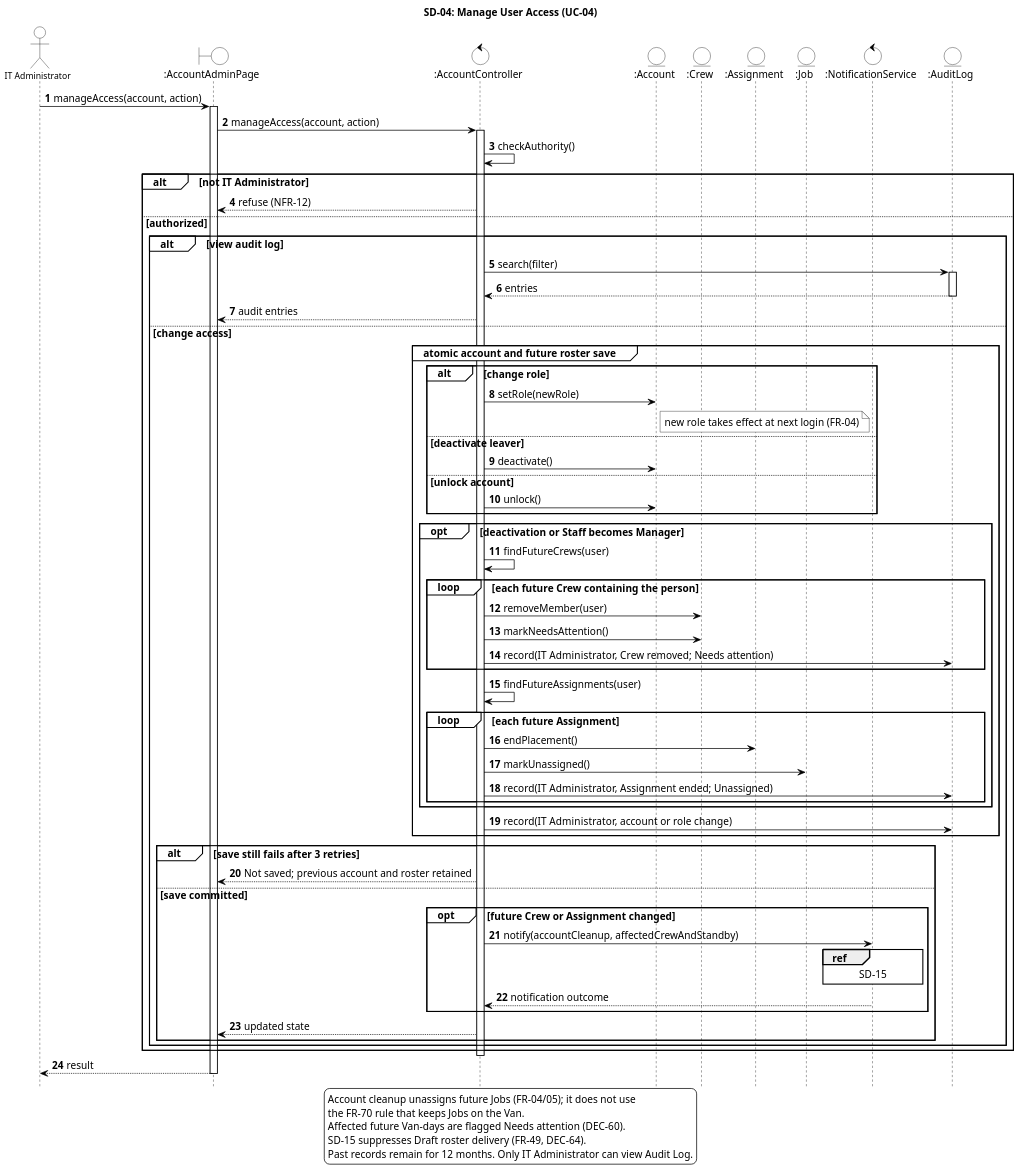
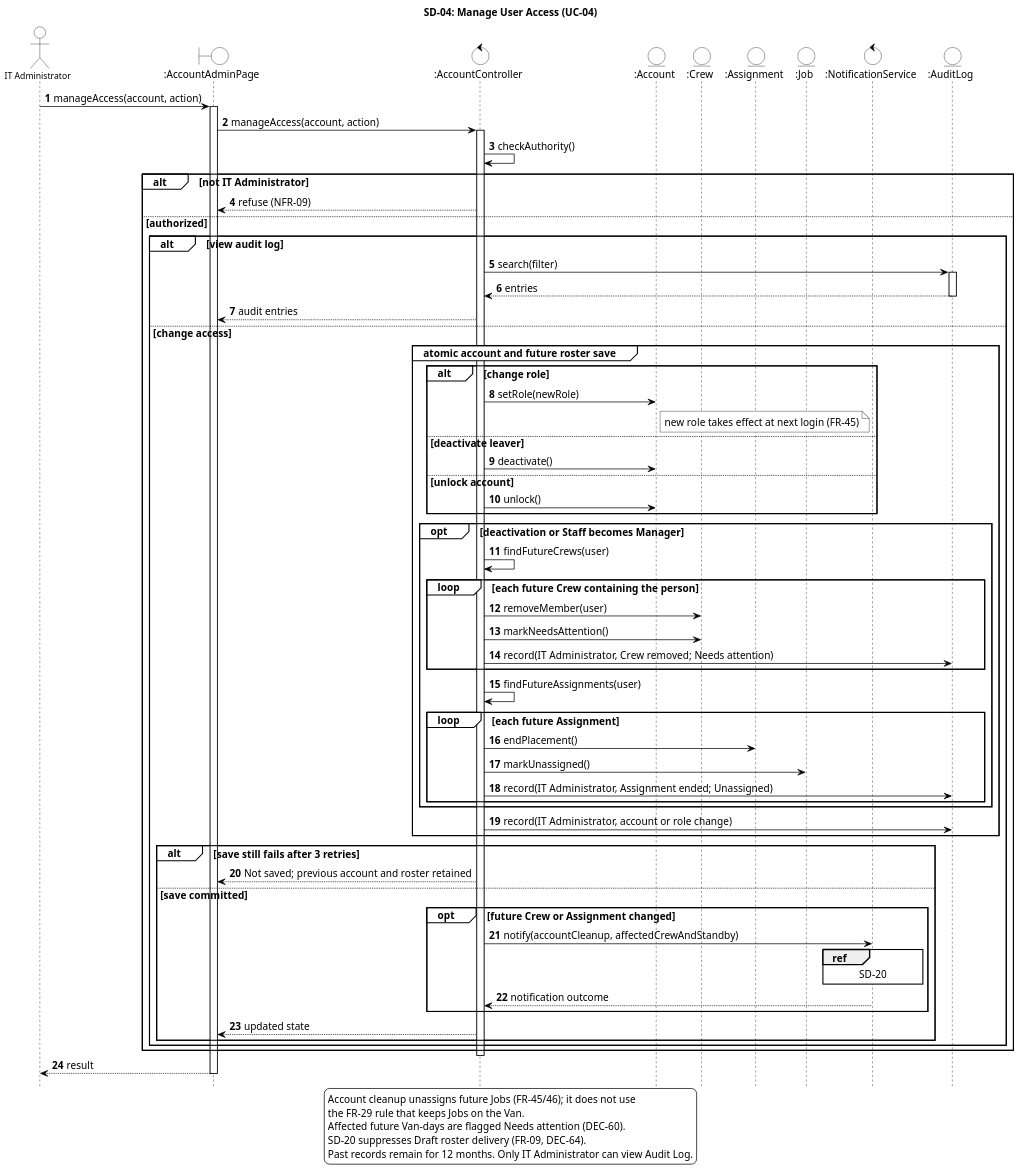
The diagram in diagrams/SD-04-manage-user-access.puml (ZadeNova/inf2001-SE), drawn with PlantUML before and after one commit. The commit also changed 56 other files, not shown here.

```diff
--- a/diagrams/SD-04-manage-user-access.puml
+++ b/diagrams/SD-04-manage-user-access.puml
@@ -1,104 +1,104 @@
 @startuml SD-04-manage-user-access
 skinparam backgroundColor white
 skinparam shadowing false
 skinparam defaultFontName Arial
 skinparam defaultFontSize 14
 skinparam ArrowColor black
 skinparam ParticipantBackgroundColor white
 skinparam ParticipantBorderColor black
 skinparam ActorBackgroundColor white
 skinparam ActorBorderColor black
 skinparam BoundaryBackgroundColor white
 skinparam BoundaryBorderColor black
 skinparam ControlBackgroundColor white
 skinparam ControlBorderColor black
 skinparam EntityBackgroundColor white
 skinparam EntityBorderColor black
 skinparam SequenceLifeLineBorderColor black
 skinparam SequenceGroupBorderColor black
 skinparam SequenceGroupBackgroundColor white
 skinparam SequenceReferenceBackgroundColor white
 skinparam SequenceReferenceBorderColor black
 skinparam NoteBackgroundColor white
 skinparam NoteBorderColor black
 skinparam dpi 150
 hide footbox
 skinparam maxMessageSize 420
 skinparam wrapWidth 420
 skinparam sequenceParticipantFontSize 12
 skinparam sequenceActorFontSize 12
 autonumber
 title SD-04: Manage User Access (UC-04)
-' Traces: UC-04; FR-04, FR-05, FR-07, FR-49, FR-64, FR-66; NFR-09, NFR-12, NFR-13
+' Traces: UC-04; FR-45, FR-46, FR-48, FR-09, FR-39, FR-49; NFR-06, NFR-09, NFR-10
 ' Sources: DEC-17, DEC-34, DEC-45, DEC-53, DEC-56, DEC-58, DEC-60; sequence-diagram-review-round-2.md.
 ' Round-3 source: DEC-68; sequence-diagram-review-round-3.md.
 actor "IT Administrator" as ITA
 boundary ":AccountAdminPage" as Page
 control ":AccountController" as AC
 entity ":Account" as ACC
 entity ":Crew" as Crew
 entity ":Assignment" as ASG
 entity ":Job" as Job
 control ":NotificationService" as NS
 entity ":AuditLog" as AL
 
 ITA -> Page : manageAccess(account, action)
 activate Page
 Page -> AC ++ : manageAccess(account, action)
 AC -> AC : checkAuthority()
 alt not IT Administrator
-  AC --> Page : refuse (NFR-12)
+  AC --> Page : refuse (NFR-09)
 else authorized
   alt view audit log
     AC -> AL ++ : search(filter)
     AL --> AC -- : entries
     AC --> Page : audit entries
   else change access
     group atomic account and future roster save
       alt change role
         AC -> ACC : setRole(newRole)
-        note right of ACC : new role takes effect at next login (FR-04)
+        note right of ACC : new role takes effect at next login (FR-45)
       else deactivate leaver
         AC -> ACC : deactivate()
       else unlock account
         AC -> ACC : unlock()
       end
       opt deactivation or Staff becomes Manager
         AC -> AC : findFutureCrews(user)
         loop each future Crew containing the person
           AC -> Crew : removeMember(user)
           AC -> Crew : markNeedsAttention()
           AC -> AL : record(IT Administrator, Crew removed; Needs attention)
         end
         AC -> AC : findFutureAssignments(user)
         loop each future Assignment
           AC -> ASG : endPlacement()
           AC -> Job : markUnassigned()
           AC -> AL : record(IT Administrator, Assignment ended; Unassigned)
         end
       end
       AC -> AL : record(IT Administrator, account or role change)
     end
     alt save still fails after 3 retries
       AC --> Page : Not saved; previous account and roster retained
     else save committed
       opt future Crew or Assignment changed
         AC -> NS : notify(accountCleanup, affectedCrewAndStandby)
-        ref over NS : SD-15
+        ref over NS : SD-20
         NS --> AC : notification outcome
       end
       AC --> Page : updated state
     end
   end
 end
 deactivate AC
 Page --> ITA : result
 deactivate Page
 legend bottom
-Account cleanup unassigns future Jobs (FR-04/05); it does not use
-the FR-70 rule that keeps Jobs on the Van.
+Account cleanup unassigns future Jobs (FR-45/46); it does not use
+the FR-29 rule that keeps Jobs on the Van.
 Affected future Van-days are flagged Needs attention (DEC-60).
-SD-15 suppresses Draft roster delivery (FR-49, DEC-64).
+SD-20 suppresses Draft roster delivery (FR-09, DEC-64).
 Past records remain for 12 months. Only IT Administrator can view Audit Log.
 endlegend
 @enduml
```
